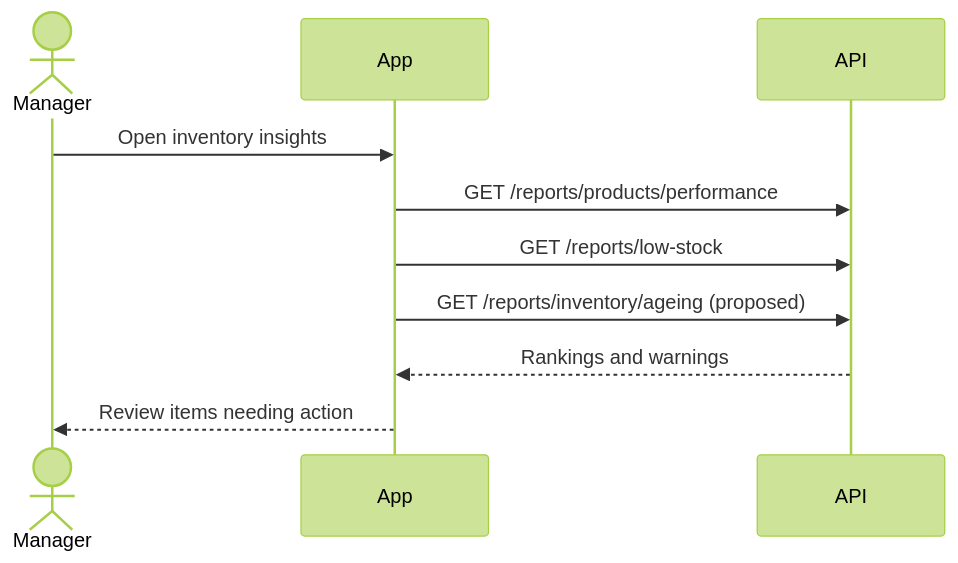
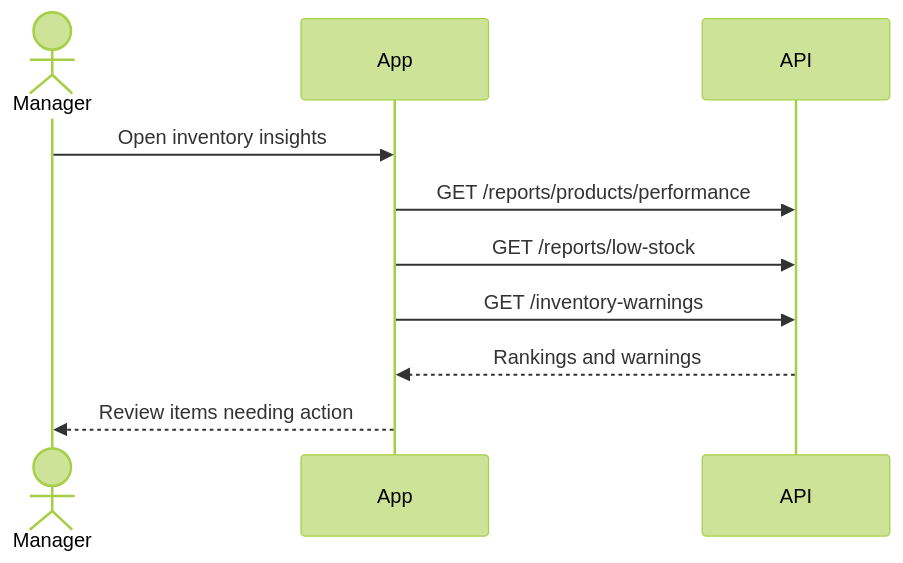
One commit to SimpliaDz/simpliadz-platform changed diagram 17 of 22 in features.md. Above: the diagram before and after it, drawn with Mermaid (forest theme). The commit also changed other lines of this file and 17 other files, not shown here.

Commit message:
feat(mvp): add scheduled inventory warnings

````diff
--- a/features.md
+++ b/features.md
@@ -340,12 +338,12 @@
 ```mermaid
 sequenceDiagram
     actor Manager
     participant App
     participant API
     Manager->>App: Open inventory insights
     App->>API: GET /reports/products/performance
     App->>API: GET /reports/low-stock
-    App->>API: GET /reports/inventory/ageing (proposed)
+    App->>API: GET /inventory-warnings
     API-->>App: Rankings and warnings
     App-->>Manager: Review items needing action
 ```
````
